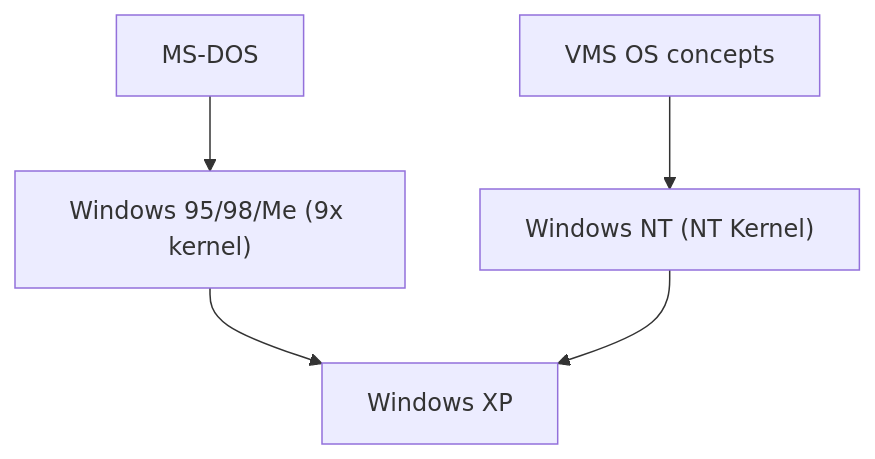
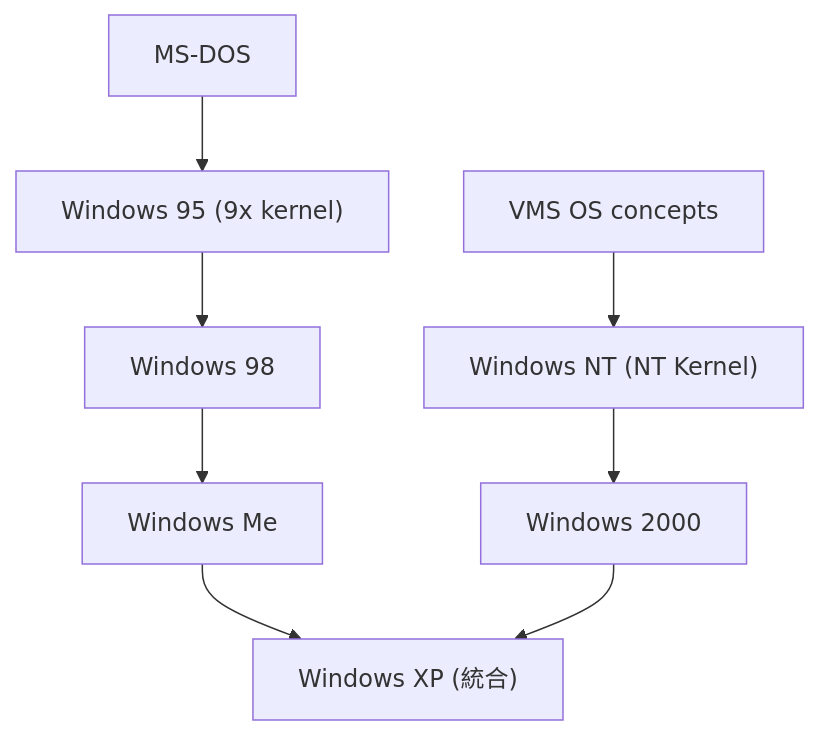
Before and after one commit to kenjinote/blog: the diagram in content/post/history-of-windows/index.md, drawn with Mermaid. The commit also changed other lines of this file and 276 other files, not shown here.

````diff
--- a/content/post/history-of-windows/index.md
+++ b/content/post/history-of-windows/index.md
@@ -23,7 +52,10 @@
 ```mermaid
 graph TD
-    DOS["MS-DOS"] --> W95["Windows 95/98/Me (9x kernel)"]
+    DOS["MS-DOS"] --> W95["Windows 95 (9x kernel)"]
+    W95 --> W98["Windows 98"]
+    W98 --> WME["Windows Me"]
     VMS["VMS OS concepts"] --> NT["Windows NT (NT Kernel)"]
-    W95 --> WXP["Windows XP"]
-    NT --> WXP
+    NT --> W2K["Windows 2000"]
+    WME --> WXP["Windows XP (統合)"]
+    W2K --> WXP
 ```
````
